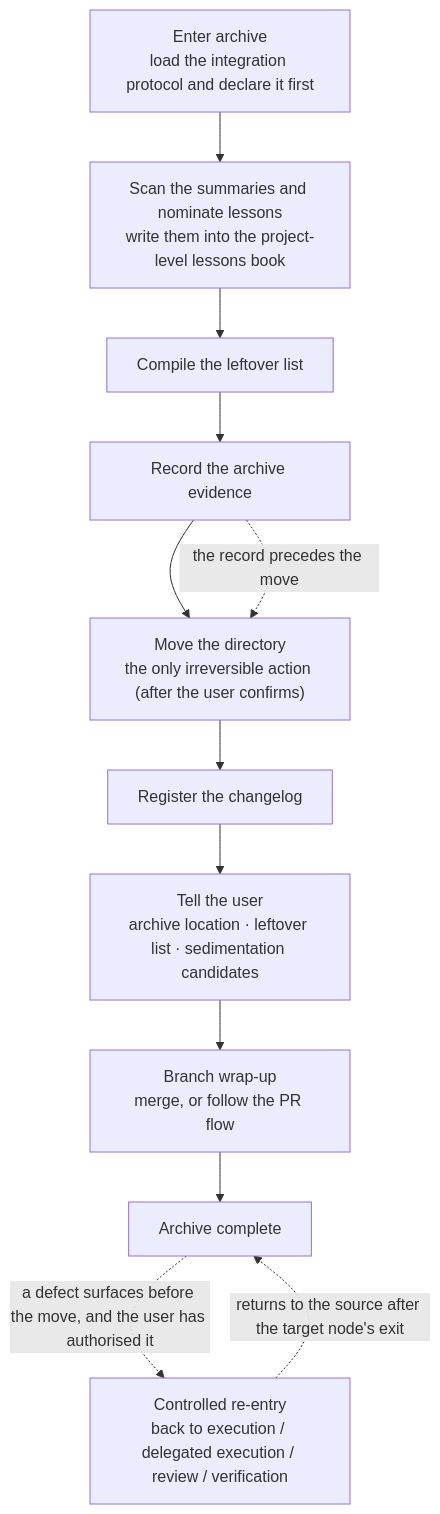
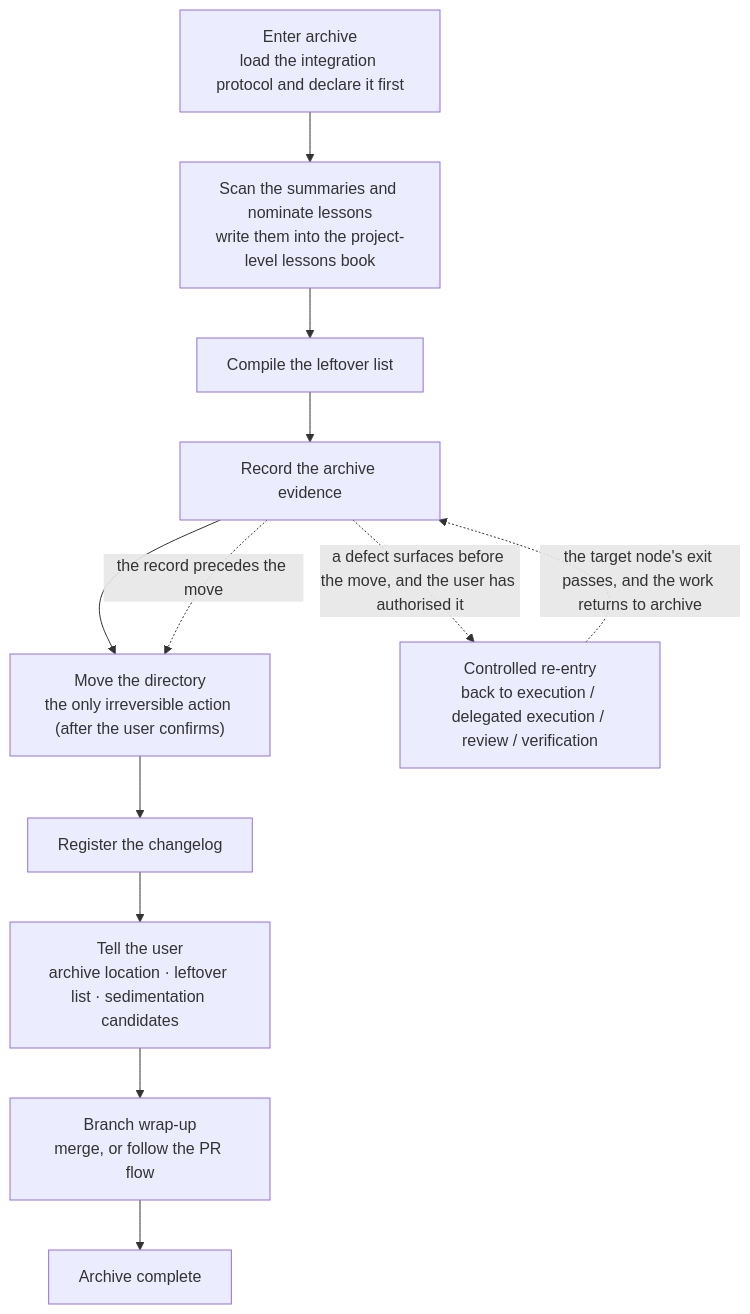
The seventh of 7 diagrams in docs/NODES.md (baobaolaodie/flow-comet), drawn with Mermaid before and after one commit. The commit also changed other lines of this file and 4 other files, not shown here.

````diff
--- a/docs/NODES.md
+++ b/docs/NODES.md
@@ -628,17 +629,17 @@
 ```mermaid
 flowchart TB
   ENTER["Enter archive<br/>load the integration protocol and declare it first"]
   LESSON["Scan the summaries and nominate lessons<br/>write them into the project-level lessons book"]
   ISSUE["Compile the leftover list"]
   RECORD["Record the archive evidence"]
   MOVE["Move the directory<br/>the only irreversible action (after the user confirms)"]
   LOG["Register the changelog"]
   NOTIFY["Tell the user<br/>archive location · leftover list · sedimentation candidates"]
   BRANCH["Branch wrap-up<br/>merge, or follow the PR flow"]
   DONE["Archive complete"]
   RE["Controlled re-entry<br/>back to execution / delegated execution / review / verification"]
   ENTER --> LESSON --> ISSUE --> RECORD --> MOVE --> LOG --> NOTIFY --> BRANCH --> DONE
   RECORD -. "the record precedes the move" .-> MOVE
-  DONE -. "a defect surfaces before the move, and the user has authorised it" .-> RE
-  RE -. "returns to the source after the target node's exit" .-> DONE
+  RECORD -. "a defect surfaces before the move, and the user has authorised it" .-> RE
+  RE -. "the target node's exit passes, and the work returns to archive" .-> RECORD
 ```
````
